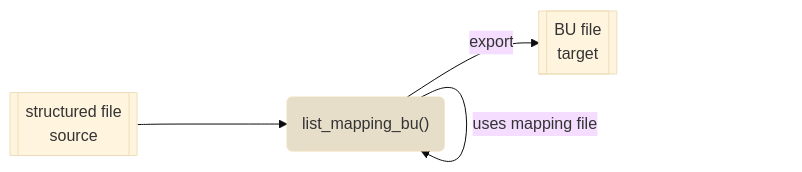
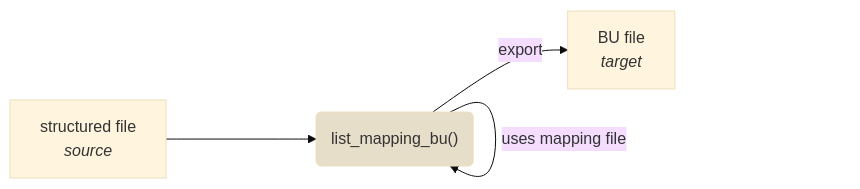
Before and after one commit to eamena-project/eamena-arches-dev: the diagram in data/bulk/temp.md, drawn with Mermaid (base theme).

Commit message:
mermaids

````diff
--- a/data/bulk/temp.md
+++ b/data/bulk/temp.md
@@ -3,7 +3,7 @@
 ```mermaid
 flowchart LR
-    A[[structured file<br>source]] ----> B("list_mapping_bu()"):::eamenaRfunction;;
+    A[structured file<br><em>source</em>] ----> B("list_mapping_bu()"):::eamenaRfunction;;
     B --uses mapping file--> B;
-    B --export--> C[[BU file<br>target]];
+    B --export--> C[BU file<br><em>target</em>];
     classDef eamenaRfunction fill:#e7deca;
 ```
````
